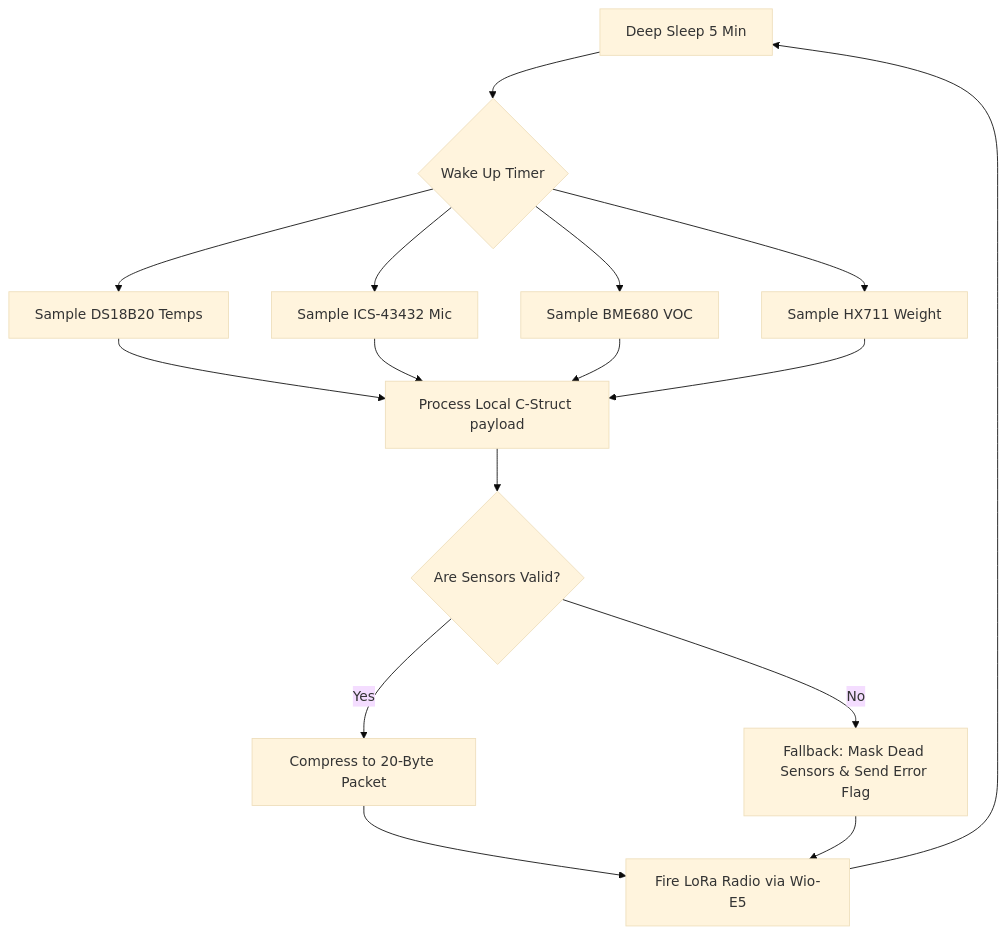
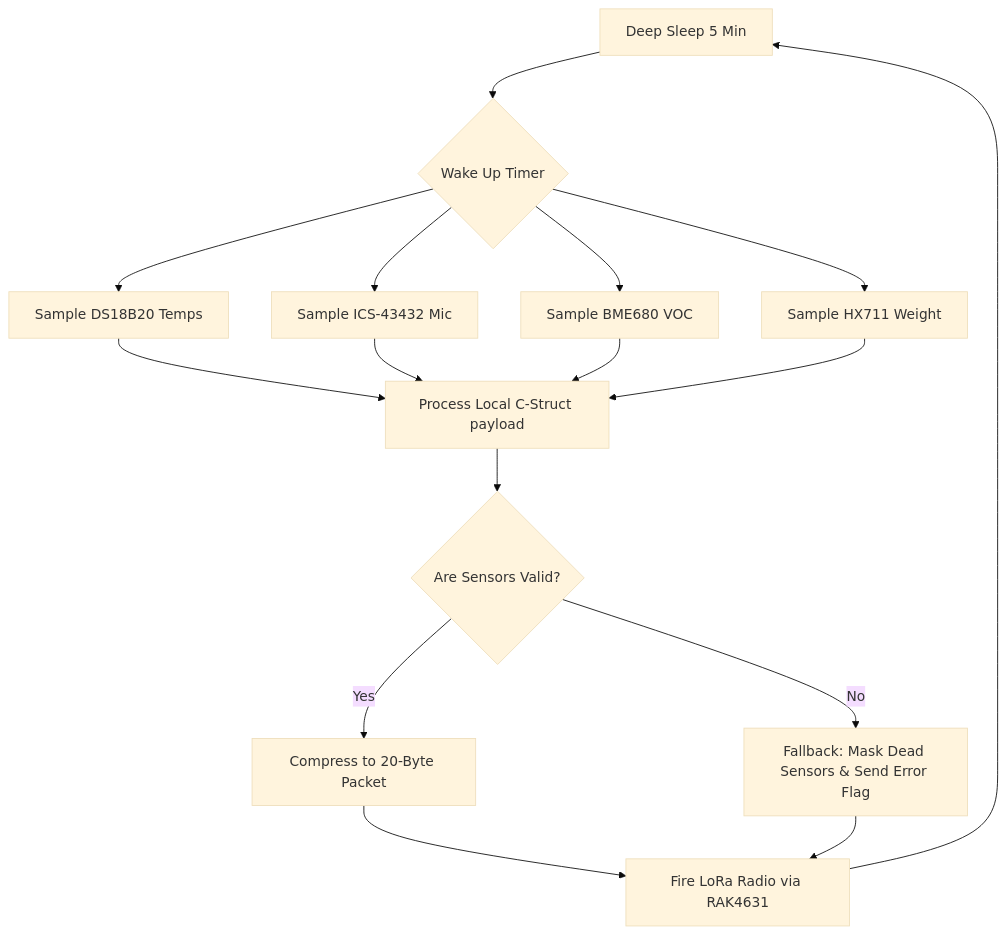
Before and after one commit to atharveeee-netizen/beevil-knievel: the first of 3 diagrams in docs/IEEE_HART_Architecture.md, drawn with Mermaid (base theme). The commit also changed other lines of this file and 156 other files, not shown here.

Commit message:
Final submission: Remove all traces of AI tools, AI-generated template files, clone scripts, hardcoded RRU invoice data, custom PCB schemas, and complete migration from Antmicro CM4/STM32 to Raspberry Pi 3B+ and RAK4631.

````diff
--- a/docs/IEEE_HART_Architecture.md
+++ b/docs/IEEE_HART_Architecture.md
@@ -20,21 +20,21 @@
 ```mermaid
 graph TD
     A[Deep Sleep 5 Min] --> B{Wake Up Timer}
     B --> C[Sample DS18B20 Temps]
     B --> D[Sample ICS-43432 Mic]
     B --> E[Sample BME680 VOC]
     B --> F[Sample HX711 Weight]
     
     C --> G[Process Local C-Struct payload]
     D --> G
     E --> G
     F --> G
     
     G --> H{Are Sensors Valid?}
     H -- Yes --> I[Compress to 20-Byte Packet]
     H -- No --> J[Fallback: Mask Dead Sensors & Send Error Flag]
     
-    I --> K[Fire LoRa Radio via Wio-E5]
+    I --> K[Fire LoRa Radio via RAK4631]
     J --> K
     K --> A
 ```
````
